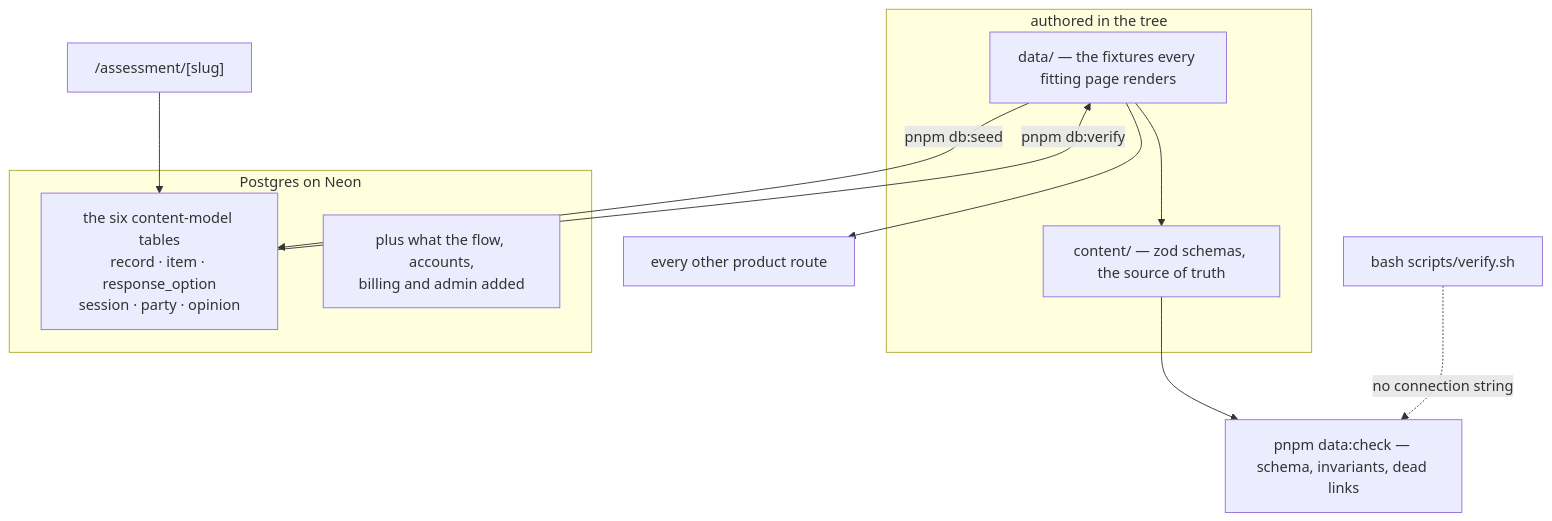
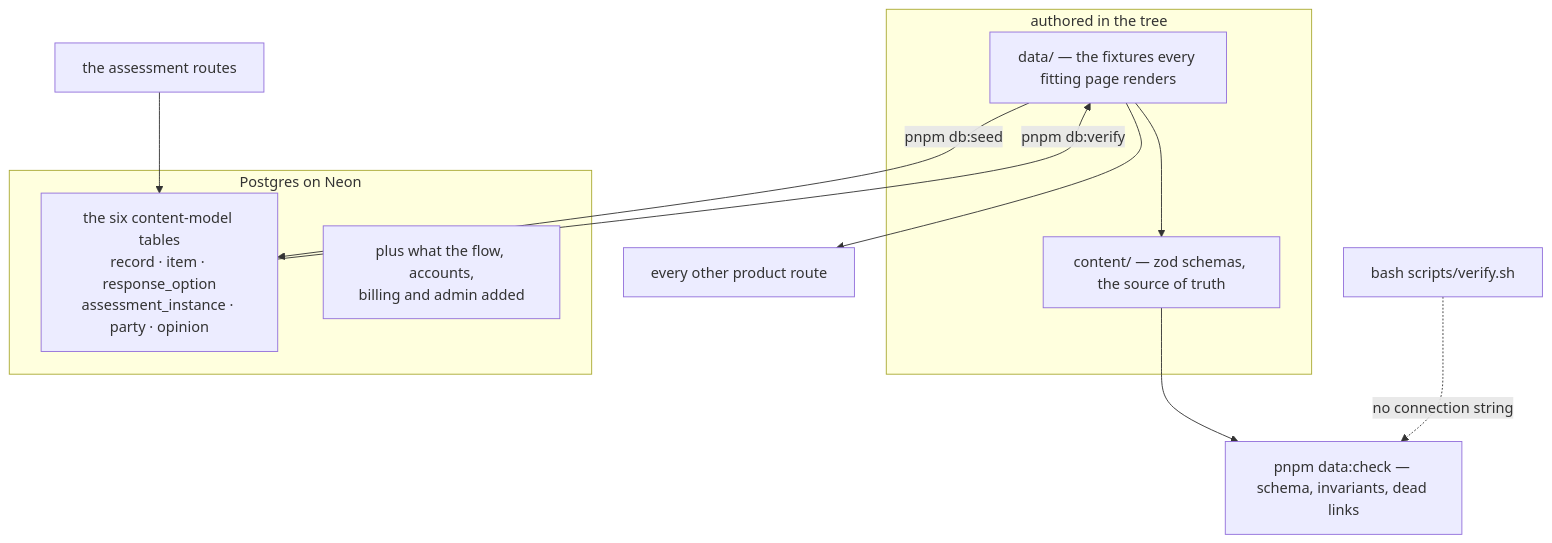
Before and after one commit to riolabs-ai/alignsynch: the second of 2 diagrams in README.md, drawn with Mermaid. The commit also changed other lines of this file, not shown here.

````diff
--- a/README.md
+++ b/README.md
@@ -252,18 +213,18 @@
 ```mermaid
 flowchart TB
     subgraph authored["authored in the tree"]
         C["content/ — zod schemas, the source of truth"]
         D["data/ — the fixtures every fitting page renders"]
     end
     D --> C
     C --> DC["pnpm data:check — schema, invariants, dead links"]
     subgraph pg["Postgres on Neon"]
-        T["the six content-model tables<br/>record · item · response_option<br/>session · party · opinion"]
+        T["the six content-model tables<br/>record · item · response_option<br/>assessment_instance · party · opinion"]
         M["plus what the flow, accounts,<br/>billing and admin added"]
     end
     D -->|pnpm db:seed| T
     T -->|pnpm db:verify| D
-    R["/assessment/[slug]"] --> T
+    R["the assessment routes"] --> T
     D --> W["every other product route"]
     G["bash scripts/verify.sh"] -.->|no connection string| DC
 ```
````
